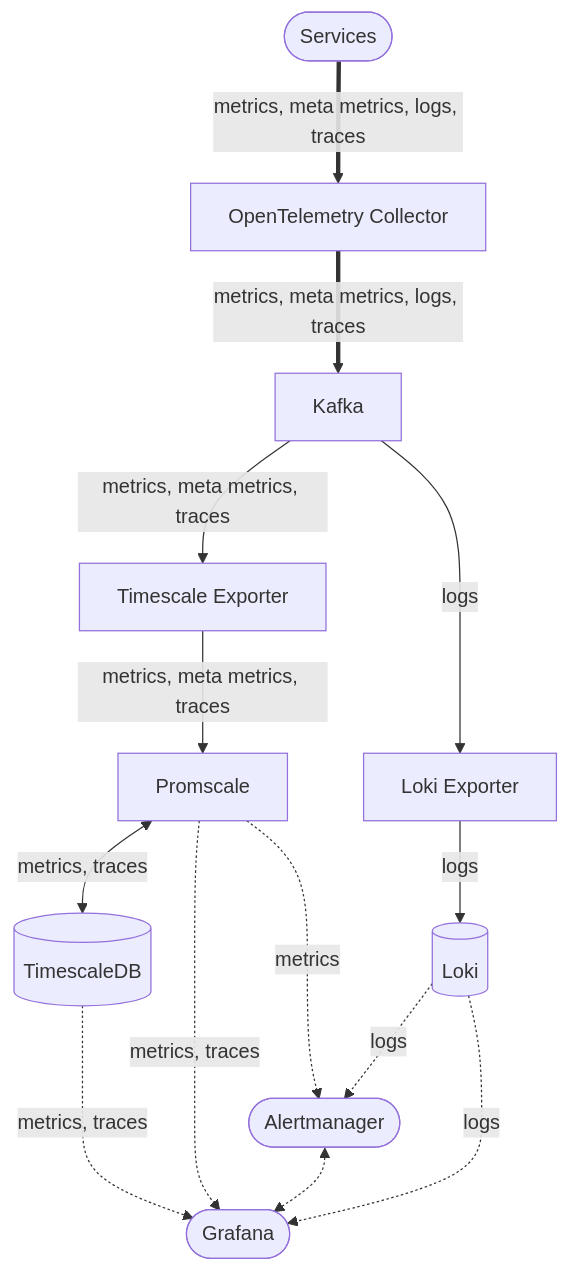
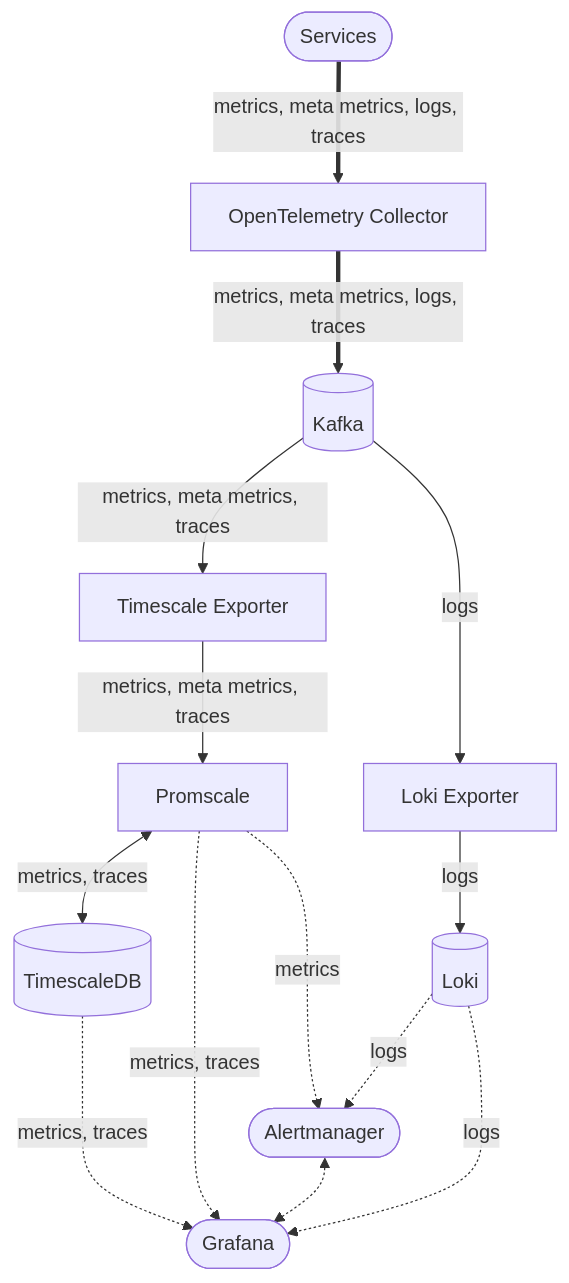
One commit to lhns/otel-stack-swarm changed the diagram in README.md. Above: the diagram before and after it, drawn with Mermaid.

````diff
--- a/README.md
+++ b/README.md
@@ -3,20 +3,20 @@
 ```mermaid
 flowchart TD
     services([Services])
     otel-collector[OpenTelemetry Collector]
-    kafka[Kafka]
+    kafka[(Kafka)]
     timescale-exporter[Timescale Exporter]
     promscale[Promscale]
     timescaledb[(TimescaleDB)]
     alertmanager([Alertmanager])
     loki-exporter[Loki Exporter]
     loki[(Loki)]
     grafana([Grafana])
     services ==>|metrics, meta metrics, logs, traces| otel-collector ==>|metrics, meta metrics, logs, traces| kafka
     promscale <-->|metrics, traces| timescaledb -..->|metrics, traces| grafana
     kafka -->|metrics, meta metrics, traces| timescale-exporter -->|metrics, meta metrics, traces| promscale -.->|metrics, traces| grafana
     loki -.->|logs| alertmanager
     promscale -.->|metrics| alertmanager
     alertmanager <-.-> grafana
     kafka -->|logs| loki-exporter -->|logs| loki -.->|logs| grafana
 ```
````
